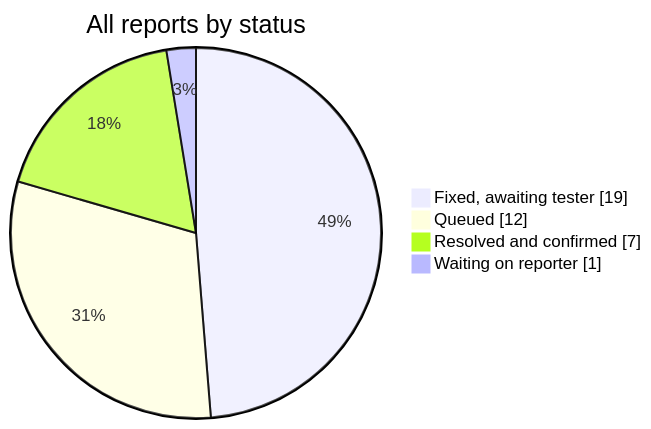
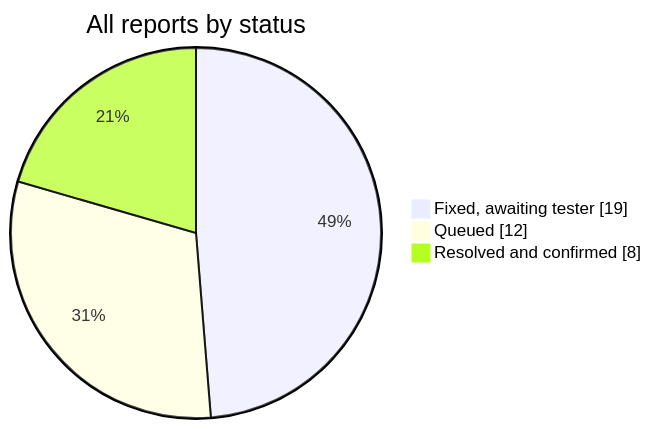
One commit to silkyclouds/pmda-tracker changed the first of 3 diagrams in README.md. Above: the diagram before and after it, drawn with Mermaid. The commit also changed other lines of this file, not shown here.

````diff
--- a/README.md
+++ b/README.md
@@ -15,7 +15,6 @@
 ```mermaid
 pie showData title All reports by status
     "Fixed, awaiting tester" : 19
     "Queued" : 12
-    "Resolved and confirmed" : 7
-    "Waiting on reporter" : 1
+    "Resolved and confirmed" : 8
 ```
````
